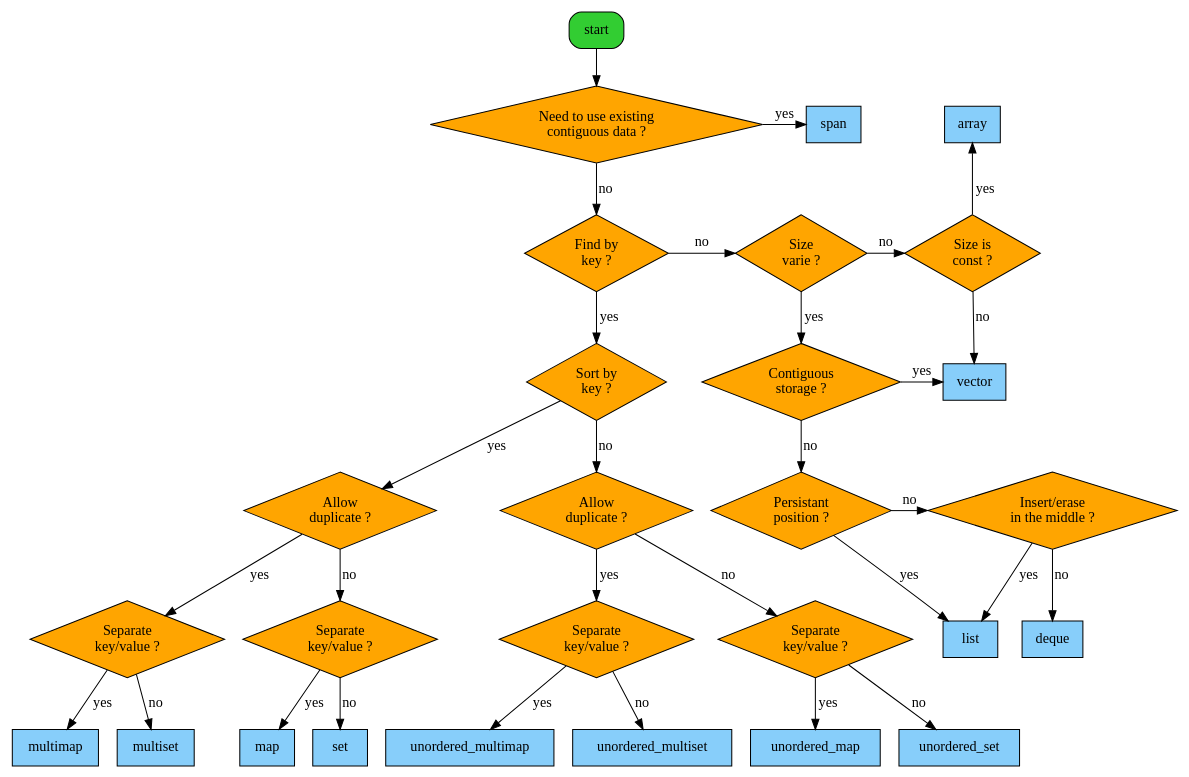
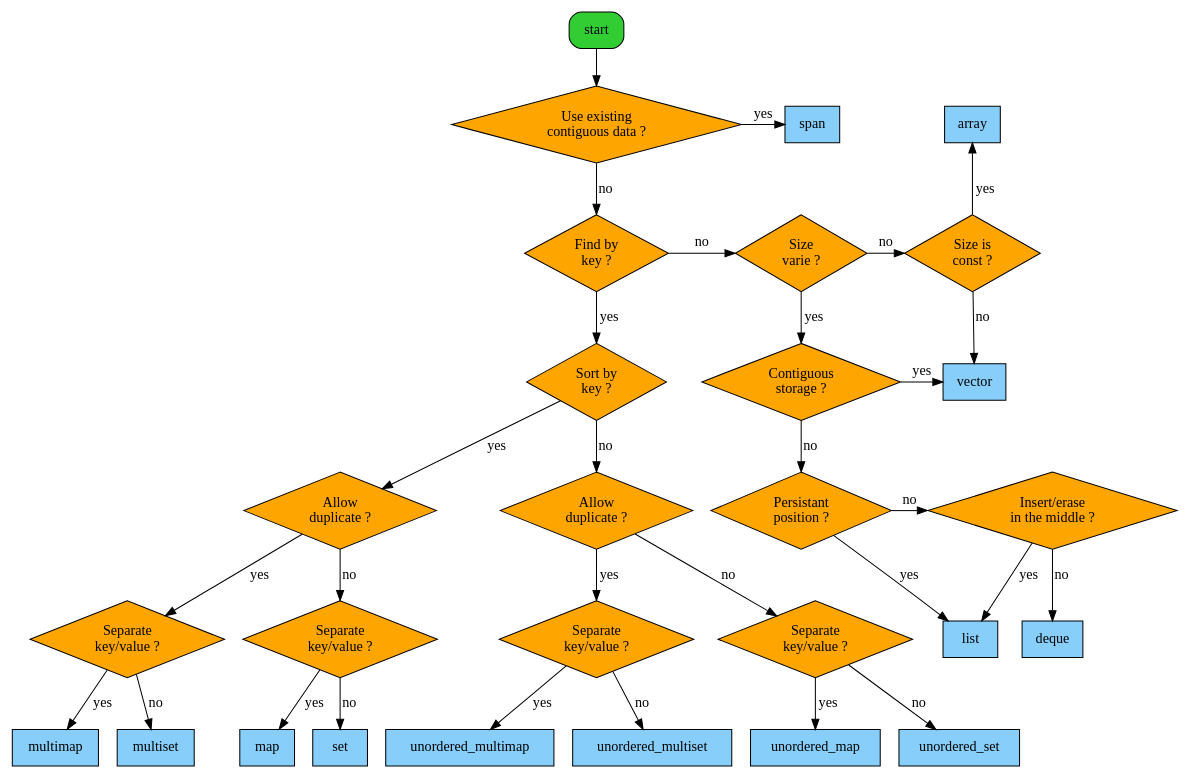
Before and after one commit to alexdesaint/CppContainersFlowchart: the diagram in flowchart.dot, drawn with Graphviz. The commit also changed 1 other file, not shown here.

```diff
--- a/flowchart.dot
+++ b/flowchart.dot
@@ -1,86 +1,86 @@
-digraph G {
+digraph core {
 
-    start[shape=box, style="rounded,filled", fillcolor=limegreen, group=g1];
+    start[shape=box, style="rounded,filled", fillcolor=limegreen, group=g1, class=start];
     
     {rank = same; pea; span; array}
-    pea[shape=diamond, label="Need to use existing\ncontiguous data ?", style=filled, fillcolor=orange, group=g1]
+    pea[shape=diamond, label="Use existing\ncontiguous data ?", style=filled, fillcolor=orange, group=g1, class=if]
     
-    fbk[shape=diamond, label="Find by\nkey ?", style=filled, fillcolor=orange, group=g1];
+    fbk[shape=diamond, label="Find by\nkey ?", style=filled, fillcolor=orange, group=g1, class=if];
     
-    sbk[shape=diamond, label="Sort by\nkey ?", style=filled, fillcolor=orange, group=g1];
+    sbk[shape=diamond, label="Sort by\nkey ?", style=filled, fillcolor=orange, group=g1, class=if];
     
     {rank = same; cs; vector; sbk;}
-    cs[shape=diamond, label="Contiguous\nstorage ?", style=filled, fillcolor=orange, group=g2];
+    cs[shape=diamond, label="Contiguous\nstorage ?", style=filled, fillcolor=orange, group=g2, class=if];
     
     {rank = same; pp; ieim;}
-    pp[shape=diamond, label="Persistant\nposition ?", style=filled, fillcolor=orange, group=g2];
+    pp[shape=diamond, label="Persistant\nposition ?", style=filled, fillcolor=orange, group=g2, class=if];
     
     {rank = same; fbk; sv; sc;}
-    sv[shape=diamond, label="Size\nvarie ?", style=filled, fillcolor=orange, group=g2];
-    sc[shape=diamond, label="Size is\nconst ?", style=filled, fillcolor=orange];
+    sv[shape=diamond, label="Size\nvarie ?", style=filled, fillcolor=orange, group=g2, class=if];
+    sc[shape=diamond, label="Size is\nconst ?", style=filled, fillcolor=orange, class=if];
     
     {rank = same; ieim;}
-    ieim[shape=diamond, label="Insert/erase\nin the middle ?", style=filled, fillcolor=orange, group=g2];
+    ieim[shape=diamond, label="Insert/erase\nin the middle ?", style=filled, fillcolor=orange, group=g2, class=if];
     
     //{rank = same; ad1; ad2; ieim;}
-    ad1[shape=diamond, label="Allow\nduplicate ?", style=filled, fillcolor=orange];
-    ad2[shape=diamond, label="Allow\nduplicate ?", style=filled, fillcolor=orange, group=g1];
-    skv11[shape=diamond, label="Separate\nkey/value ?", style=filled, fillcolor=orange];
-    skv12[shape=diamond, label="Separate\nkey/value ?", style=filled, fillcolor=orange];
-    skv21[shape=diamond, label="Separate\nkey/value ?", style=filled, fillcolor=orange];
-    skv22[shape=diamond, label="Separate\nkey/value ?", style=filled, fillcolor=orange];
+    ad1[shape=diamond, label="Allow\nduplicate ?", style=filled, fillcolor=orange, class=if];
+    ad2[shape=diamond, label="Allow\nduplicate ?", style=filled, fillcolor=orange, group=g1, class=if];
+    skv11[shape=diamond, label="Separate\nkey/value ?", style=filled, fillcolor=orange, class=if];
+    skv12[shape=diamond, label="Separate\nkey/value ?", style=filled, fillcolor=orange, class=if];
+    skv21[shape=diamond, label="Separate\nkey/value ?", style=filled, fillcolor=orange, class=if];
+    skv22[shape=diamond, label="Separate\nkey/value ?", style=filled, fillcolor=orange, class=if];
     
     ad1 -> skv11[label="yes"];
     ad1 -> skv12[label="no"];
     ad2 -> skv21[label="yes"];
     ad2 -> skv22[label="no"];
     
     skv11 -> multimap[label="yes"];
     skv11 -> multiset[label="no"];
     skv12 -> map[label="yes"];
     skv12 -> set[label="no"];
     skv21 -> unordered_multimap[label="yes"];
     skv21 -> unordered_multiset[label="no"];
     skv22 -> unordered_map[label="yes"];
     skv22 -> unordered_set[label="no"];
     
-    vector[shape=box, style=filled, fillcolor=lightskyblue];
-    array[shape=box, style=filled, fillcolor=lightskyblue];
-    list[shape=box, style=filled, fillcolor=lightskyblue];
-    deque[shape=box, style=filled, fillcolor=lightskyblue];
-    span[shape=box, style=filled, fillcolor=lightskyblue];
-    map[shape=box, style=filled, fillcolor=lightskyblue];
-    set[shape=box, style=filled, fillcolor=lightskyblue];
-    multimap[shape=box, style=filled, fillcolor=lightskyblue];
-    multiset[shape=box, style=filled, fillcolor=lightskyblue];
-    unordered_map[shape=box, style=filled, fillcolor=lightskyblue];
-    unordered_set[shape=box, style=filled, fillcolor=lightskyblue];
-    unordered_multimap[shape=box, style=filled, fillcolor=lightskyblue];
-    unordered_multiset[shape=box, style=filled, fillcolor=lightskyblue];
+    vector[shape=box, style=filled, fillcolor=lightskyblue, class=type];
+    array[shape=box, style=filled, fillcolor=lightskyblue, class=type];
+    list[shape=box, style=filled, fillcolor=lightskyblue, class=type];
+    deque[shape=box, style=filled, fillcolor=lightskyblue, class=type];
+    span[shape=box, style=filled, fillcolor=lightskyblue, class=type];
+    map[shape=box, style=filled, fillcolor=lightskyblue, class=type];
+    set[shape=box, style=filled, fillcolor=lightskyblue, class=type];
+    multimap[shape=box, style=filled, fillcolor=lightskyblue, class=type];
+    multiset[shape=box, style=filled, fillcolor=lightskyblue, class=type];
+    unordered_map[shape=box, style=filled, fillcolor=lightskyblue, class=type];
+    unordered_set[shape=box, style=filled, fillcolor=lightskyblue, class=type];
+    unordered_multimap[shape=box, style=filled, fillcolor=lightskyblue, class=type];
+    unordered_multiset[shape=box, style=filled, fillcolor=lightskyblue, class=type];
     
     start -> pea;
     
     pea -> span[label="yes"];
     pea -> fbk[label="no"];
     
     fbk -> sbk[label="yes"];
     fbk -> sv[label="no"];
     
     sv -> cs[label="yes"];
     sv -> sc[label="no"];
     
     cs -> vector[label="yes"];
     cs -> pp[label="no"];
     
     pp -> list[label="yes"];
     pp -> ieim[label="no"];
     
     ieim -> list[label="yes"];
     ieim -> deque[label="no"];
     
     sc -> array[label="yes"];
     sc -> vector[label="no"];
     
     sbk -> ad1[label="yes"];
     sbk -> ad2[label="no"];
 }
```
